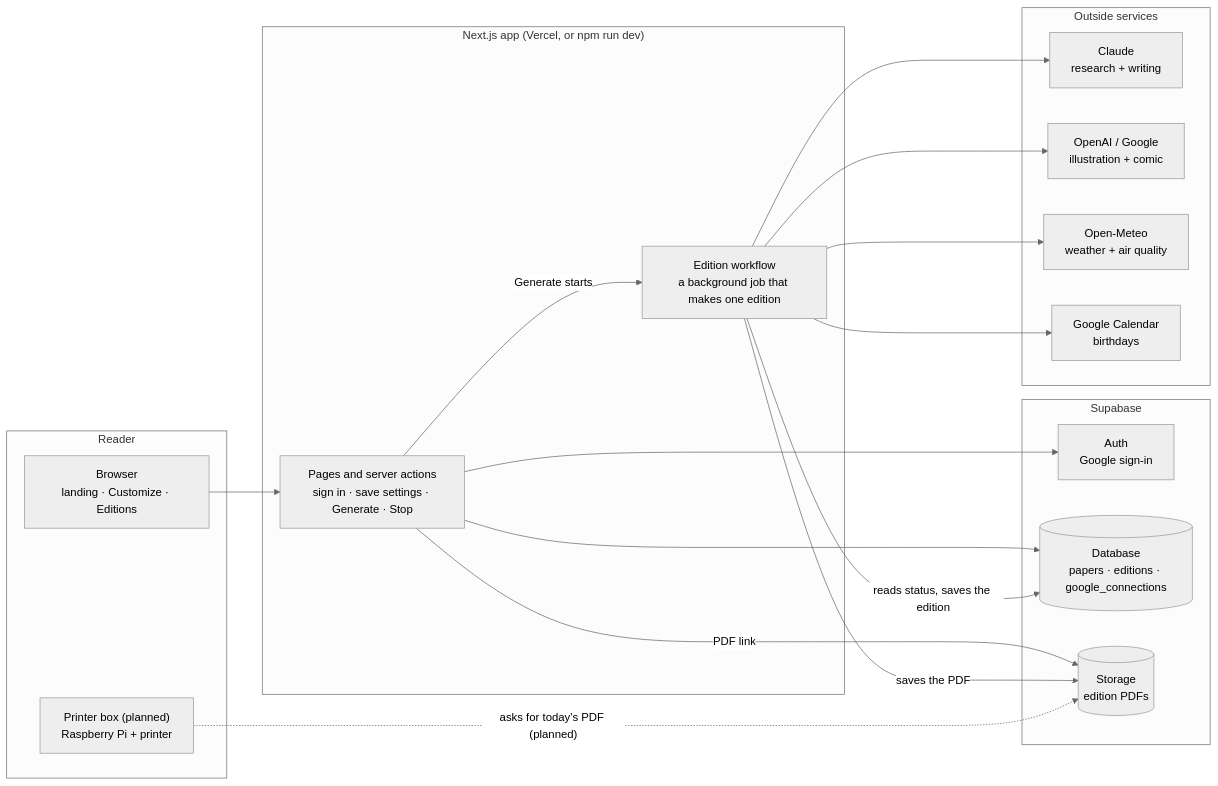
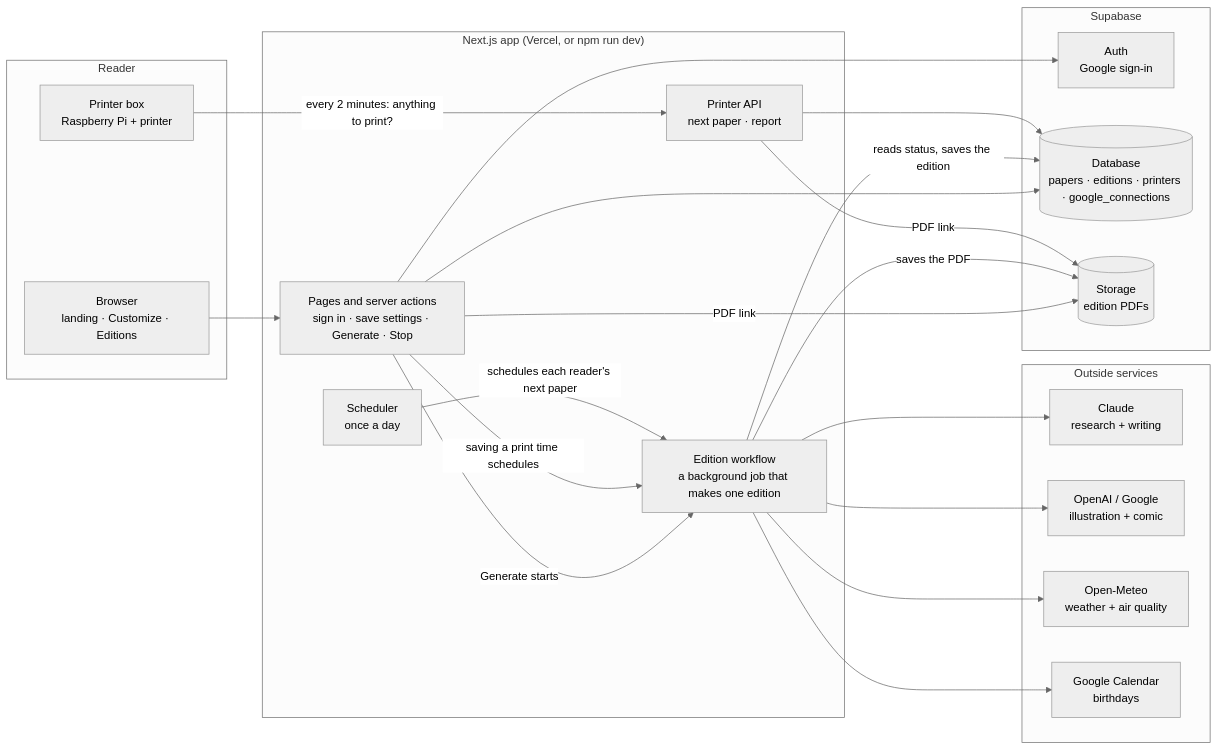
One commit to chieri518/daily-print changed the first of 3 diagrams in docs/ARCHITECTURE.md. Above: the diagram before and after it, drawn with Mermaid (neutral theme). The commit also changed other lines of this file and 37 other files, not shown here.

````diff
--- a/docs/ARCHITECTURE.md
+++ b/docs/ARCHITECTURE.md
@@ -7,35 +7,41 @@
 ```mermaid
 flowchart LR
   subgraph You["Reader"]
     BROWSER["Browser<br/>landing · Customize · Editions"]
-    BOX["Printer box (planned)<br/>Raspberry Pi + printer"]
+    BOX["Printer box<br/>Raspberry Pi + printer"]
   end
 
   subgraph App["Next.js app (Vercel, or npm run dev)"]
     PAGES["Pages and server actions<br/>sign in · save settings · Generate · Stop"]
+    CRON["Scheduler<br/>once a day"]
+    PAPI["Printer API<br/>next paper · report"]
     WF["Edition workflow<br/>a background job that makes one edition"]
   end
 
   subgraph Supabase
     AUTH["Auth<br/>Google sign-in"]
-    DB[("Database<br/>papers · editions · google_connections")]
+    DB[("Database<br/>papers · editions · printers · google_connections")]
     FILES[("Storage<br/>edition PDFs")]
   end
 
   subgraph Outside["Outside services"]
     CLAUDE["Claude<br/>research + writing"]
     IMG["OpenAI / Google<br/>illustration + comic"]
     METEO["Open-Meteo<br/>weather + air quality"]
     GCAL["Google Calendar<br/>birthdays"]
   end
 
   BROWSER --> PAGES
   PAGES --> AUTH
   PAGES --> DB
   PAGES -- "Generate starts" --> WF
+  PAGES -- "saving a print time schedules" --> WF
+  CRON -- "schedules each reader's next paper" --> WF
   PAGES -- "PDF link" --> FILES
   WF -- "reads status, saves the edition" --> DB
   WF -- "saves the PDF" --> FILES
   WF --> CLAUDE & IMG & METEO & GCAL
-  BOX -. "asks for today's PDF (planned)" .-> FILES
+  BOX -- "every 2 minutes: anything to print?" --> PAPI
+  PAPI --> DB
+  PAPI -- "PDF link" --> FILES
 ```
````
